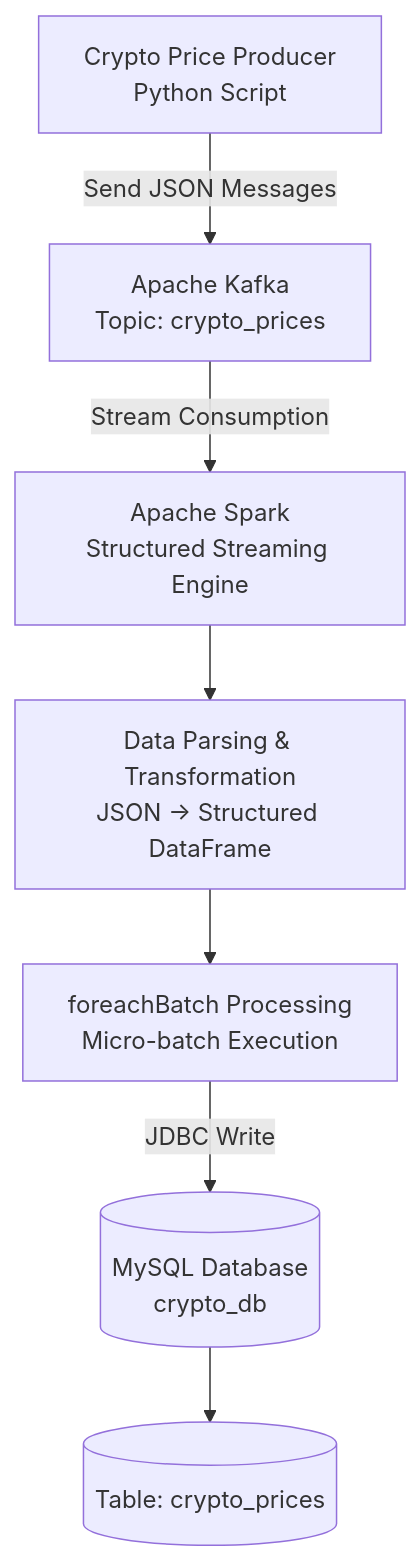
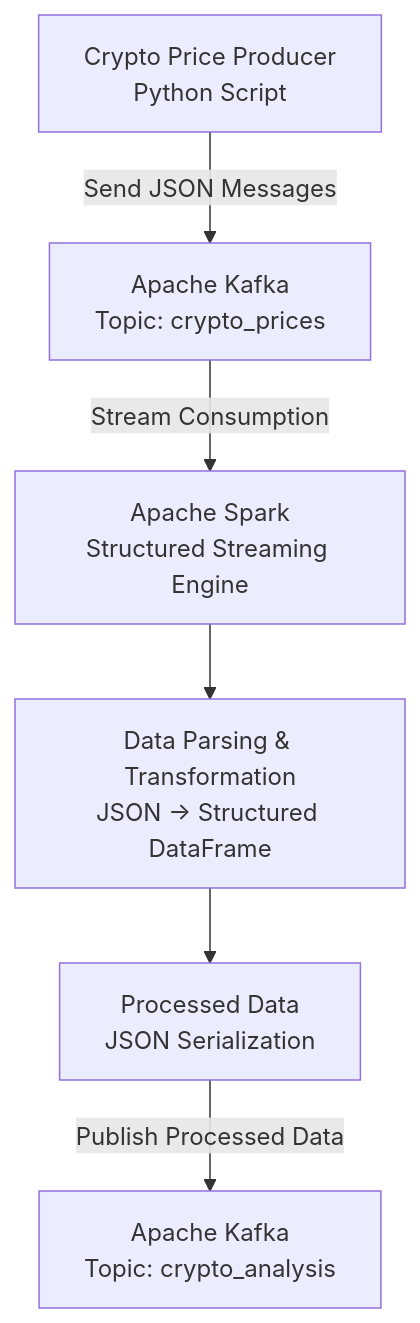
One commit to Aditya6709/Bitcoinvalue_analyser changed the diagram in readme.md. Above: the diagram before and after it, drawn with Mermaid.

Commit message:
Update flowchart in README for data processing steps

````diff
--- a/readme.md
+++ b/readme.md
@@ -3,18 +3,16 @@
 ```mermaid
 flowchart TD
 
-    A[Crypto Price Producer<br/>Python Script] 
+    A[Crypto Price Producer<br/>Python Script]
     B[Apache Kafka<br/>Topic: crypto_prices]
     C[Apache Spark<br/>Structured Streaming Engine]
     D[Data Parsing & Transformation<br/>JSON → Structured DataFrame]
-    E[foreachBatch Processing<br/>Micro-batch Execution]
-    F[(MySQL Database<br/>crypto_db)]
-    G[(Table: crypto_prices)]
+    E[Processed Data<br/>JSON Serialization]
+    F[Apache Kafka<br/>Topic: crypto_analysis]
 
     A -->|Send JSON Messages| B
     B -->|Stream Consumption| C
     C --> D
     D --> E
-    E -->|JDBC Write| F
-    F --> G
+    E -->|Publish Processed Data| F
 ```
````
